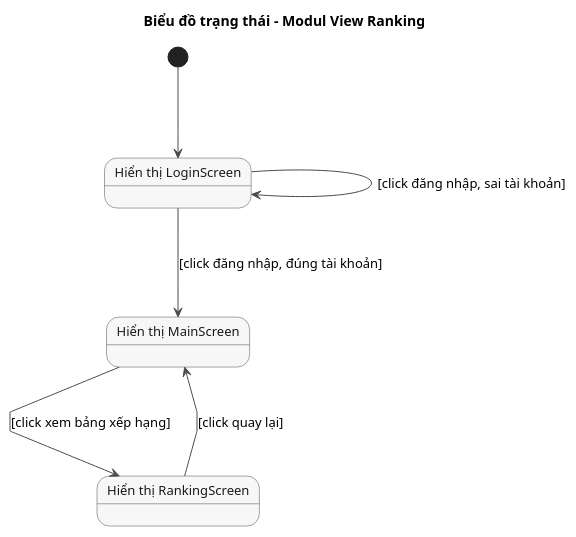
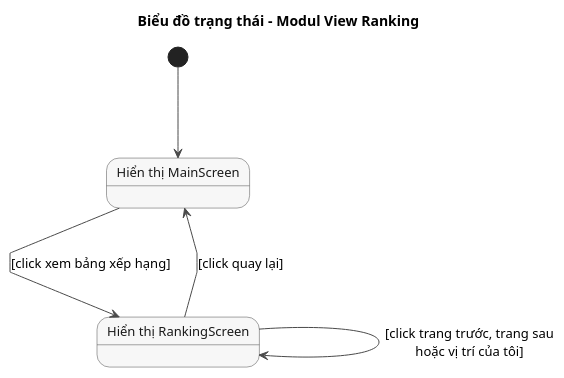
One commit to VattenL/mobile-pikachu changed the diagram in docs/uml/pha2/state-m2.puml. Above: the diagram before and after it, drawn with PlantUML. The commit also changed 56 other files, not shown here.

First line of the commit message:
docs: guests, lobby screen, ranking pages and rematch wording

```diff
--- a/docs/uml/pha2/state-m2.puml
+++ b/docs/uml/pha2/state-m2.puml
@@ -1,25 +1,23 @@
 @startuml state-m2
 title Biểu đồ trạng thái - Modul View Ranking
 
 skinparam shadowing false
 skinparam linetype polyline
 skinparam defaultFontSize 13
 skinparam nodesep 120
 skinparam ranksep 90
 skinparam state {
   BackgroundColor #F7F7F7
   BorderColor #4A4A4A
   ArrowColor #4A4A4A
   FontColor #1A1A1A
 }
 
-state "Hiển thị LoginScreen" as Login
 state "Hiển thị MainScreen" as Main
 state "Hiển thị RankingScreen" as Ranking
 
-[*] --> Login
-Login --> Login : [click đăng nhập, sai tài khoản]
-Login --> Main : [click đăng nhập, đúng tài khoản]
+[*] --> Main
 Main --> Ranking : [click xem bảng xếp hạng]
+Ranking --> Ranking : [click trang trước, trang sau\nhoặc vị trí của tôi]
 Ranking --> Main : [click quay lại]
 @enduml
```
